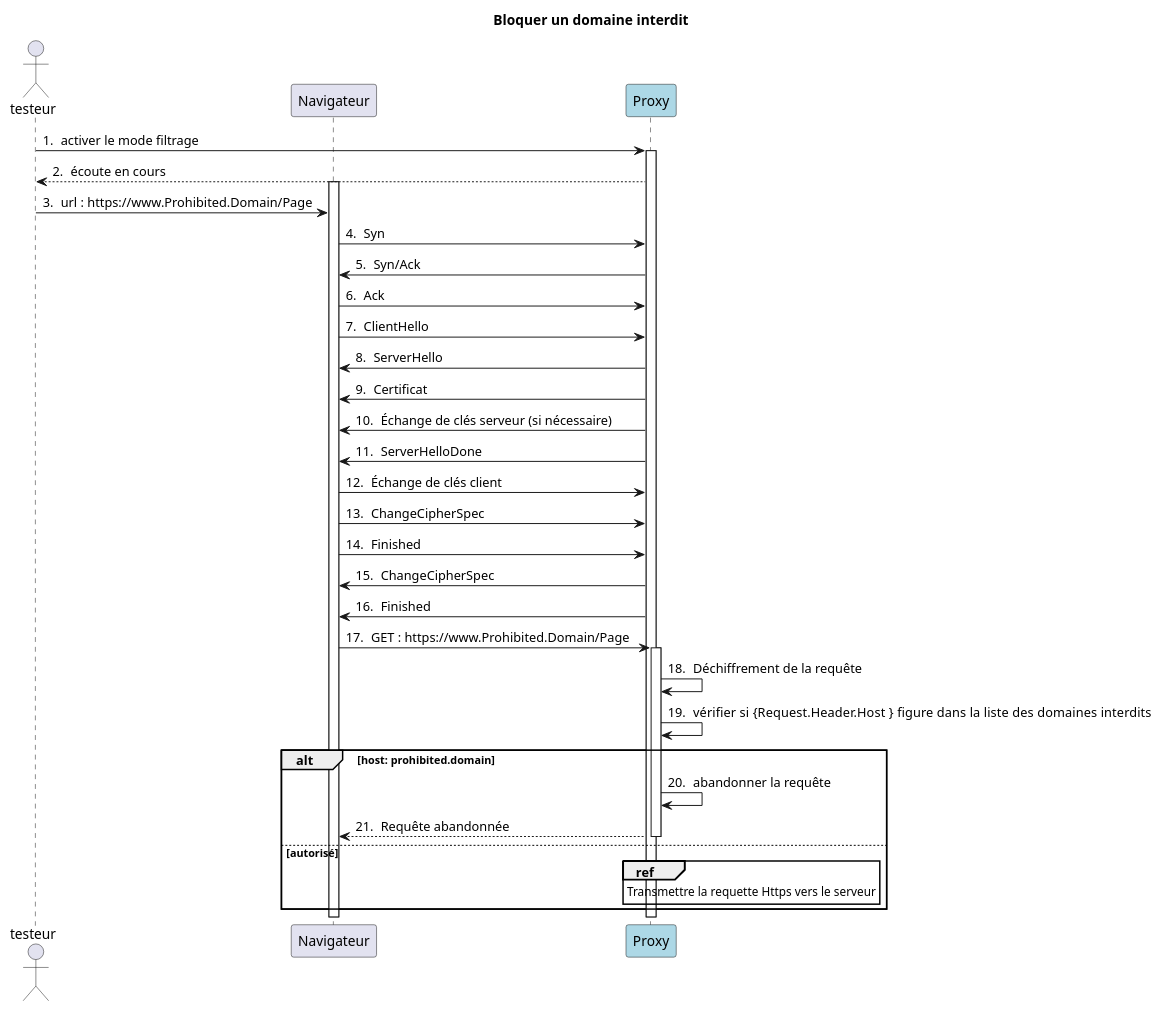
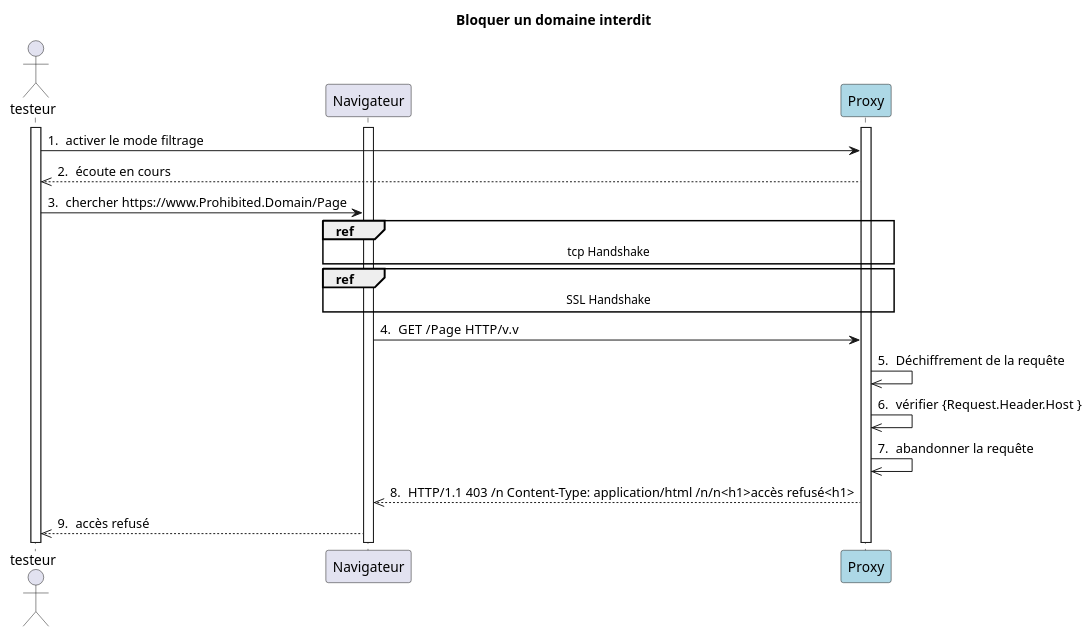
Before and after one commit to Hsouna-M/BurpSuiteFromScratch: the diagram in Modelling/domainBlockSequence.plantuml, drawn with PlantUML. The commit also changed 37 other files, not shown here.

```diff
--- a/Modelling/domainBlockSequence.plantuml
+++ b/Modelling/domainBlockSequence.plantuml
@@ -1,51 +1,35 @@
 @startuml
 title Bloquer un domaine interdit
 
 actor testeur 
 participant Navigateur as B
 participant Proxy as P #LightBlue
 
 autonumber "0. "
 
+activate testeur
+activate P
+activate B
+
 testeur -> P : activer le mode filtrage
 
-activate P
-testeur <-- P: écoute en cours
+testeur <<-- P: écoute en cours
 
-activate B
-testeur -> B:  url : https://www.Prohibited.Domain/Page  
-B -> P : Syn
-B <- P : Syn/Ack 
-B -> P : Ack 
+testeur -> B:  chercher https://www.Prohibited.Domain/Page  
 
-B -> P: ClientHello
-P -> B: ServerHello
+ref over B,P: tcp Handshake
 
-P -> B: Certificat
-P -> B: Échange de clés serveur (si nécessaire)
-P -> B: ServerHelloDone
+ref over B,P: SSL Handshake
 
-B -> P: Échange de clés client
-B -> P: ChangeCipherSpec
-B -> P: Finished
 
-P -> B: ChangeCipherSpec
-P -> B: Finished
 
-' toutes ces opérations sont synchrones car il n'y a pas de valeur de retour — les paquets eux-mêmes constituent les messages
+B -> P: GET /Page  HTTP/v.v
 
-B -> P: GET : https://www.Prohibited.Domain/Page  
+P ->> P : Déchiffrement de la requête   
+P ->> P : vérifier {Request.Header.Host }
 
-activate P
-P -> P : Déchiffrement de la requête
-
-P -> P : vérifier si {Request.Header.Host }   figure dans la liste des domaines interdits 
-alt host: prohibited.domain
-    P -> P : abandonner la requête 
-    P --> B : Requête abandonnée
-    deactivate P
-else autorisé 
-    ref over P : Transmettre la requette Https vers le serveur  
-end
+    P ->> P : abandonner la requête 
+    P -->> B : HTTP/1.1 403 /n Content-Type: application/html /n/n<h1>accès refusé<h1>
+    B -->>  testeur  : accès refusé
 
 @enduml
```
